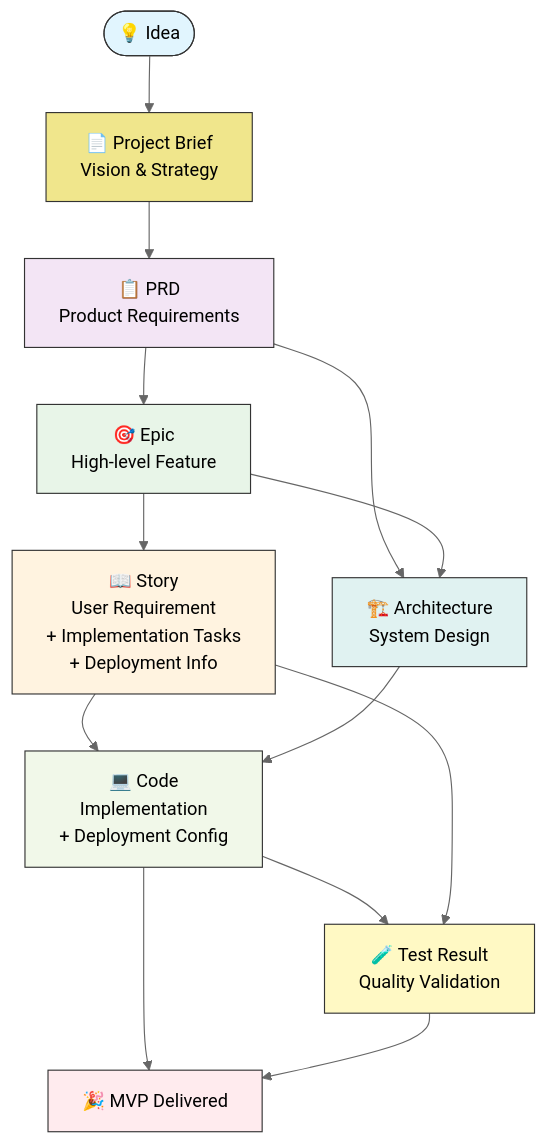
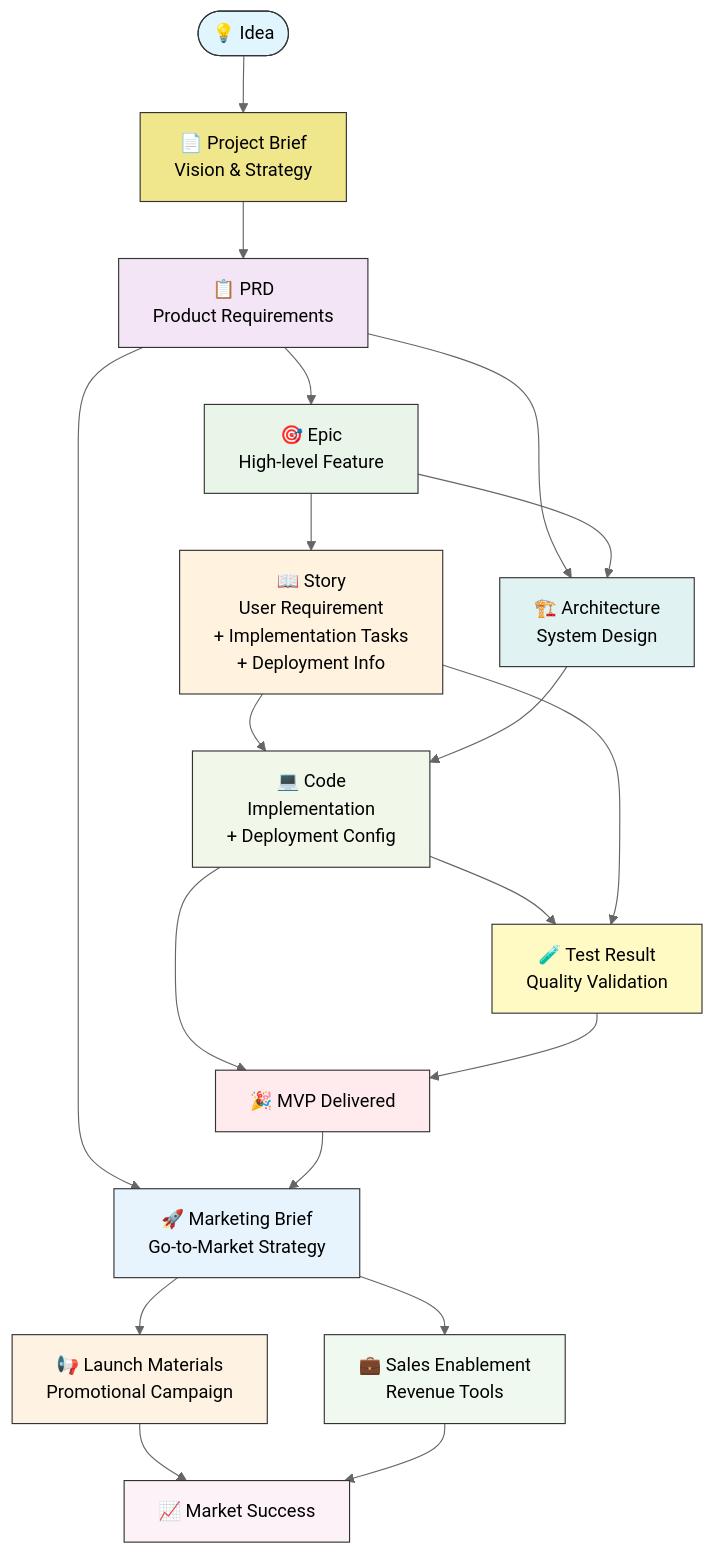
One commit to KubeRocketCI/kuberocketai changed the first of 3 diagrams in docs/architecture/13-sdlc-framework.md. Above: the diagram before and after it, drawn with Mermaid (neutral theme). The commit also changed other lines of this file and 15 other files, not shown here.

````diff
--- a/docs/architecture/13-sdlc-framework.md
+++ b/docs/architecture/13-sdlc-framework.md
@@ -47,28 +48,39 @@
 ```mermaid
 graph TD
     Idea([💡 Idea]) --> Brief[📄 Project Brief<br/>Vision & Strategy]
     Brief --> PRD[📋 PRD<br/>Product Requirements]
     PRD --> Epic[🎯 Epic<br/>High-level Feature]
     Epic --> Story[📖 Story<br/>User Requirement<br/>+ Implementation Tasks<br/>+ Deployment Info]
 
     PRD --> Arch[🏗️ Architecture<br/>System Design]
     Epic --> Arch
     Story --> Code[💻 Code<br/>Implementation<br/>+ Deployment Config]
     Arch --> Code
 
     Code --> Test[🧪 Test Result<br/>Quality Validation]
     Story --> Test
 
     Code --> MVP[🎉 MVP Delivered]
     Test --> MVP
 
+    PRD --> Marketing[🚀 Marketing Brief<br/>Go-to-Market Strategy]
+    MVP --> Marketing
+    Marketing --> Launch[📢 Launch Materials<br/>Promotional Campaign]
+    Marketing --> Sales[💼 Sales Enablement<br/>Revenue Tools]
+    Launch --> Success[📈 Market Success]
+    Sales --> Success
+
     style Idea fill:#e1f5fe,stroke:#333,color:#000
     style Brief fill:#f0e68c,stroke:#333,color:#000
     style PRD fill:#f3e5f5,stroke:#333,color:#000
     style Epic fill:#e8f5e8,stroke:#333,color:#000
     style Story fill:#fff3e0,stroke:#333,color:#000
     style Arch fill:#e0f2f1,stroke:#333,color:#000
     style Code fill:#f1f8e9,stroke:#333,color:#000
     style Test fill:#fff9c4,stroke:#333,color:#000
     style MVP fill:#ffebee,stroke:#333,color:#000
+    style Marketing fill:#e8f4fd,stroke:#333,color:#000
+    style Launch fill:#fef3e2,stroke:#333,color:#000
+    style Sales fill:#f0f9f0,stroke:#333,color:#000
+    style Success fill:#fdf2f8,stroke:#333,color:#000
 ```
````
